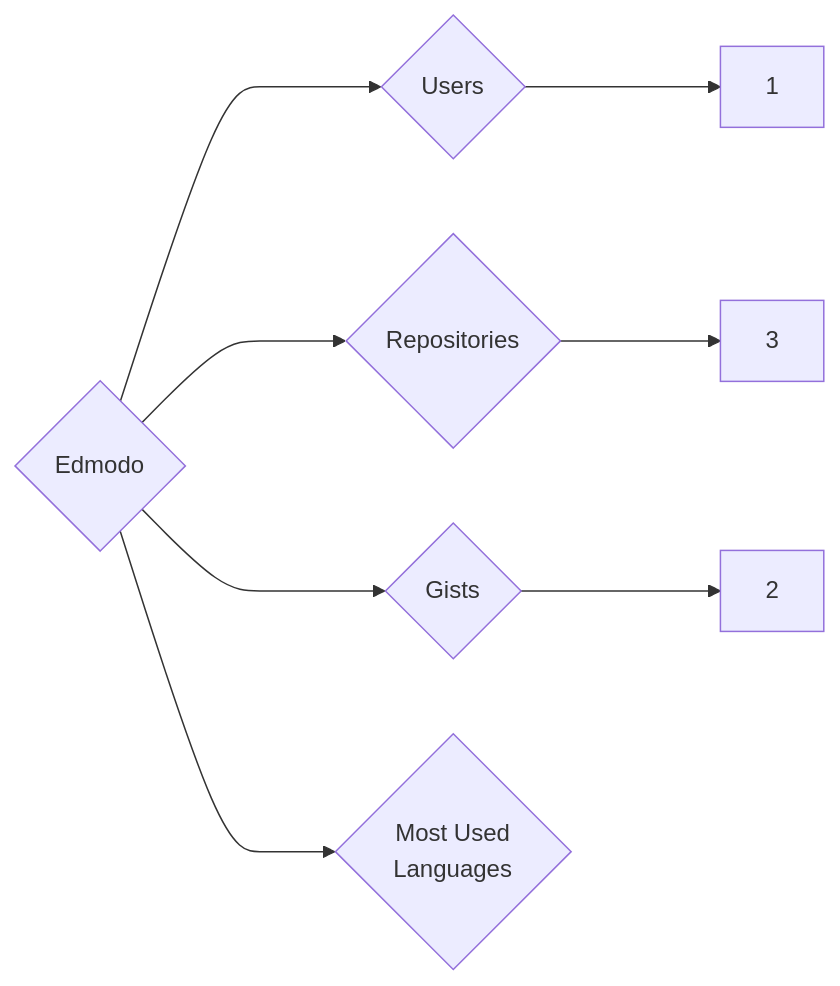
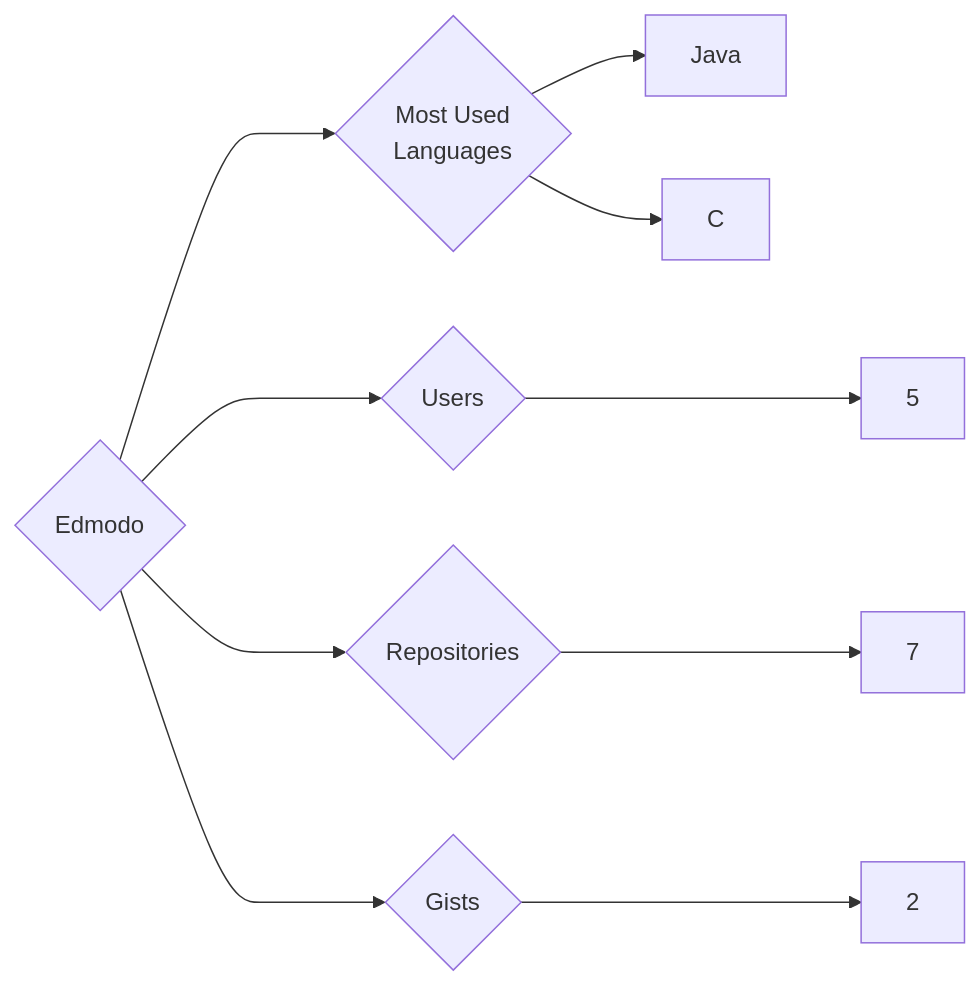
Before and after one commit to trickest/insiders: the diagram in targets/Edmodo/README.md, drawn with Mermaid. The commit also changed 786 other files, not shown here.

````diff
--- a/targets/Edmodo/README.md
+++ b/targets/Edmodo/README.md
@@ -3,8 +3,10 @@
 ```mermaid
 graph LR
 COMPANY_NAME{Edmodo}
-COMPANY_NAME ---> U{Users} ---> UN[1]
-COMPANY_NAME ---> R{Repositories} ---> RN[3]
+COMPANY_NAME ---> U{Users} ---> UN[5]
+COMPANY_NAME ---> R{Repositories} ---> RN[7]
 COMPANY_NAME ---> G{Gists} ---> GN[2]
 COMPANY_NAME ---> ML{Most Used<br>Languages}
+ML --> Java[Java]
+ML --> C[C]
 ```
````
